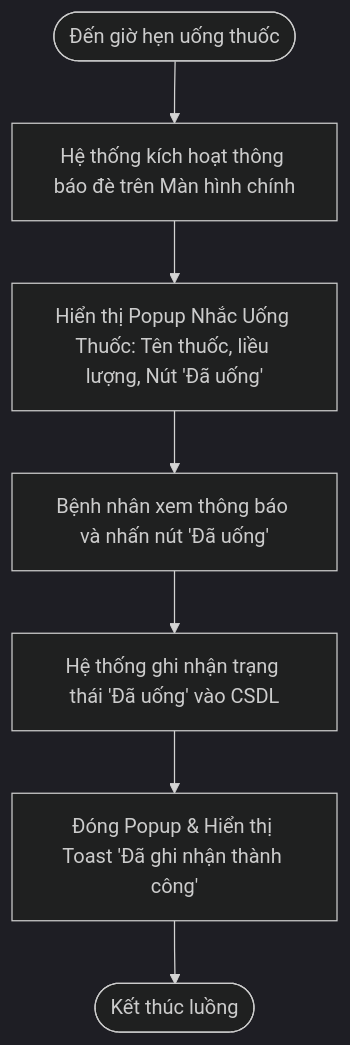
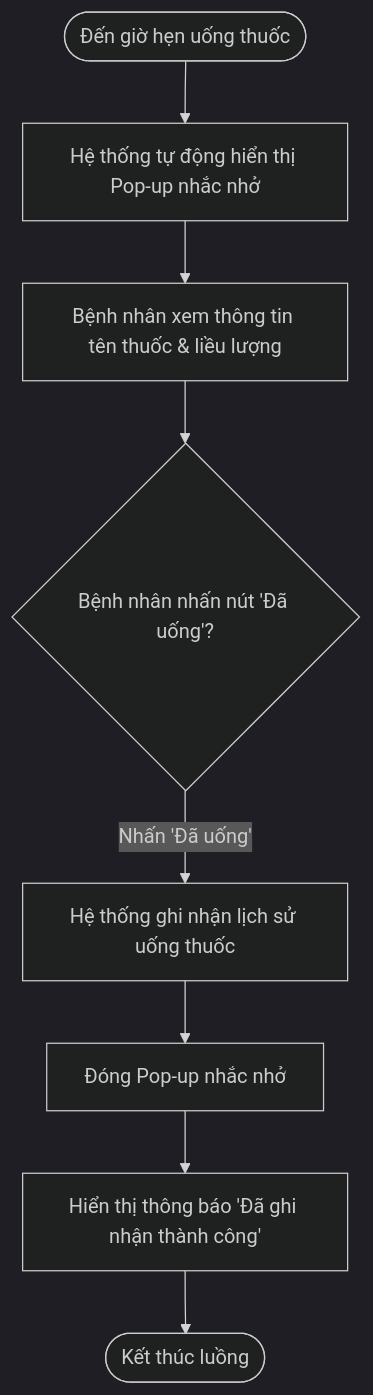
Before and after one commit to IT105-K25-Phan-tich-thi-t-k-h-th-ng/bt2ss14: the first of 2 diagrams in README.md, drawn with Mermaid (dark theme). The commit also changed other lines of this file, not shown here.

Commit message:
update README with diagram, figma and report

````diff
--- a/README.md
+++ b/README.md
@@ -12,9 +15,10 @@
 ```mermaid
 graph TD
-  Start([Đến giờ hẹn uống thuốc]) --> SysTrigger[Hệ thống kích hoạt thông báo đè trên Màn hình chính]
-  SysTrigger --> DisplayPop[Hiển thị Popup Nhắc Uống Thuốc: Tên thuốc, liều lượng, Nút 'Đã uống']
-  DisplayPop --> UserAction[Bệnh nhân xem thông báo và nhấn nút 'Đã uống']
-  UserAction --> SaveState[Hệ thống ghi nhận trạng thái 'Đã uống' vào CSDL]
-  SaveState --> ShowConfirm[Đóng Popup & Hiển thị Toast 'Đã ghi nhận thành công']
-  ShowConfirm --> End([Kết thúc luồng])
+  Start([Đến giờ hẹn uống thuốc]) --> Notify[Hệ thống tự động hiển thị Pop-up nhắc nhở]
+  Notify --> View[Bệnh nhân xem thông tin tên thuốc & liều lượng]
+  View --> Click{Bệnh nhân nhấn nút 'Đã uống'?}
+  Click -- Nhấn 'Đã uống' --> Record[Hệ thống ghi nhận lịch sử uống thuốc]
+  Record --> Close[Đóng Pop-up nhắc nhở]
+  Close --> Toast[Hiển thị thông báo 'Đã ghi nhận thành công']
+  Toast --> End([Kết thúc luồng])
 ```
````
